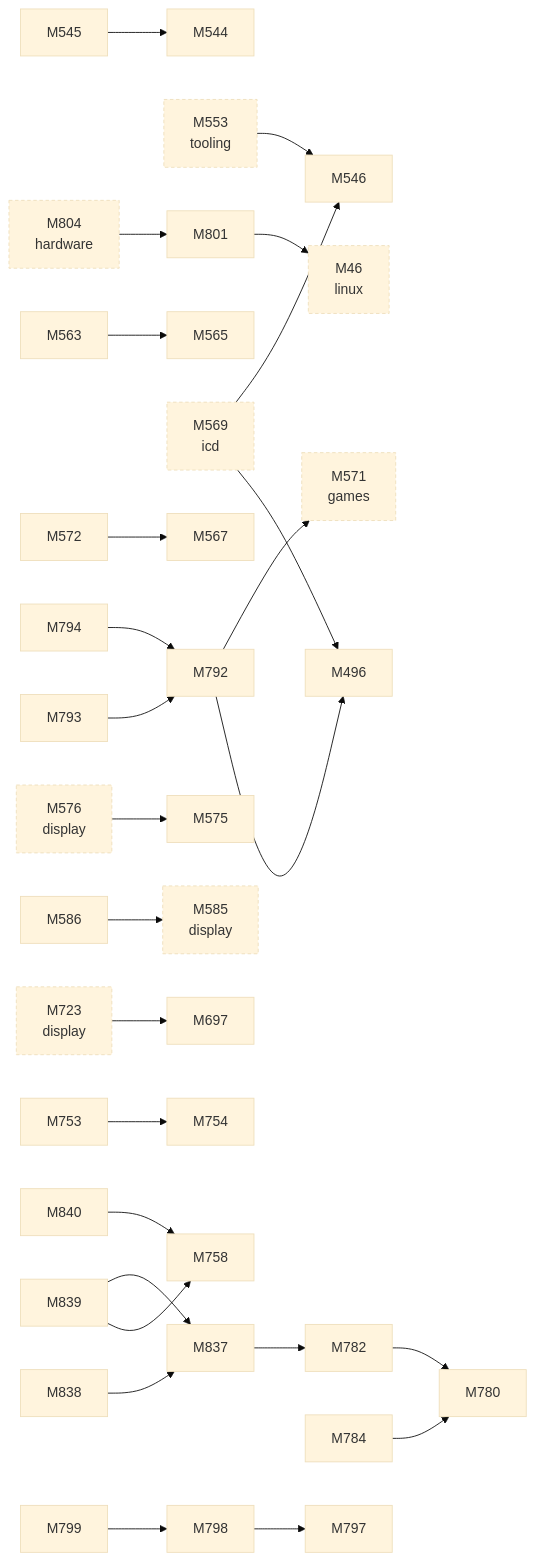
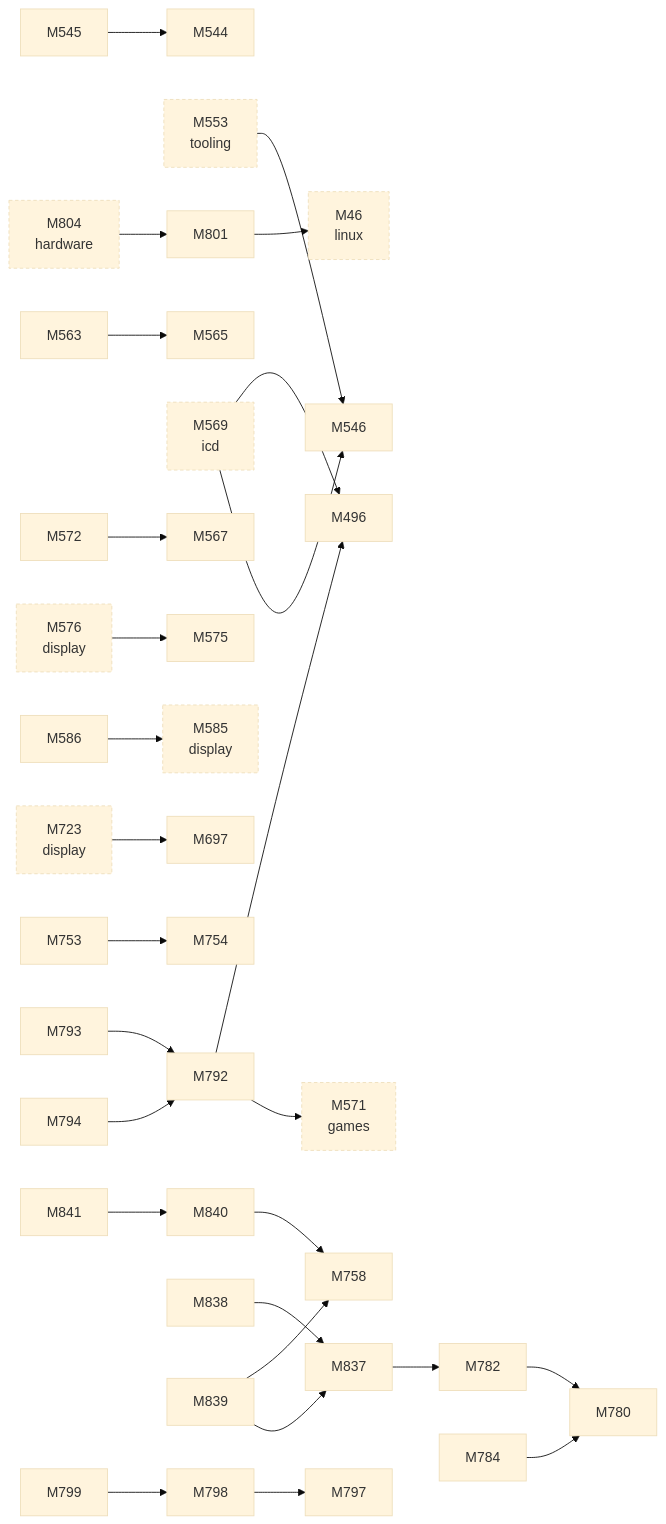
One commit to D-Ogi/amdgpu-wddm changed the second of 2 diagrams in docs/facts/graphs/d3d.md. Above: the diagram before and after it, drawn with Mermaid (base theme). The commit also changed 10 other files, not shown here.

````diff
--- a/docs/facts/graphs/d3d.md
+++ b/docs/facts/graphs/d3d.md
@@ -25,66 +25,68 @@
 ```mermaid
 flowchart LR
   M46["M46<br/>linux"]
   M496["M496"]
   M544["M544"]
   M545["M545"]
   M546["M546"]
   M553["M553<br/>tooling"]
   M563["M563"]
   M565["M565"]
   M567["M567"]
   M569["M569<br/>icd"]
   M571["M571<br/>games"]
   M572["M572"]
   M575["M575"]
   M576["M576<br/>display"]
   M585["M585<br/>display"]
   M586["M586"]
   M697["M697"]
   M723["M723<br/>display"]
   M753["M753"]
   M754["M754"]
   M758["M758"]
   M780["M780"]
   M782["M782"]
   M784["M784"]
   M792["M792"]
   M793["M793"]
   M794["M794"]
   M797["M797"]
   M798["M798"]
   M799["M799"]
   M801["M801"]
   M804["M804<br/>hardware"]
   M837["M837"]
   M838["M838"]
   M839["M839"]
   M840["M840"]
+  M841["M841"]
   M804 --> M801
   M576 --> M575
   M723 --> M697
   M569 --> M496
   M569 --> M546
   M545 --> M544
   M563 --> M565
   M572 --> M567
   M586 --> M585
   M753 --> M754
   M782 --> M780
   M784 --> M780
   M792 --> M496
   M792 --> M571
   M793 --> M792
   M794 --> M792
   M798 --> M797
   M799 --> M798
   M801 --> M46
   M837 --> M782
   M838 --> M837
   M839 --> M758
   M839 --> M837
   M840 --> M758
+  M841 --> M840
   M553 --> M546
   classDef other stroke-dasharray:4 3
   class M46,M553,M569,M571,M576,M585,M723,M804 other
 ```
````
